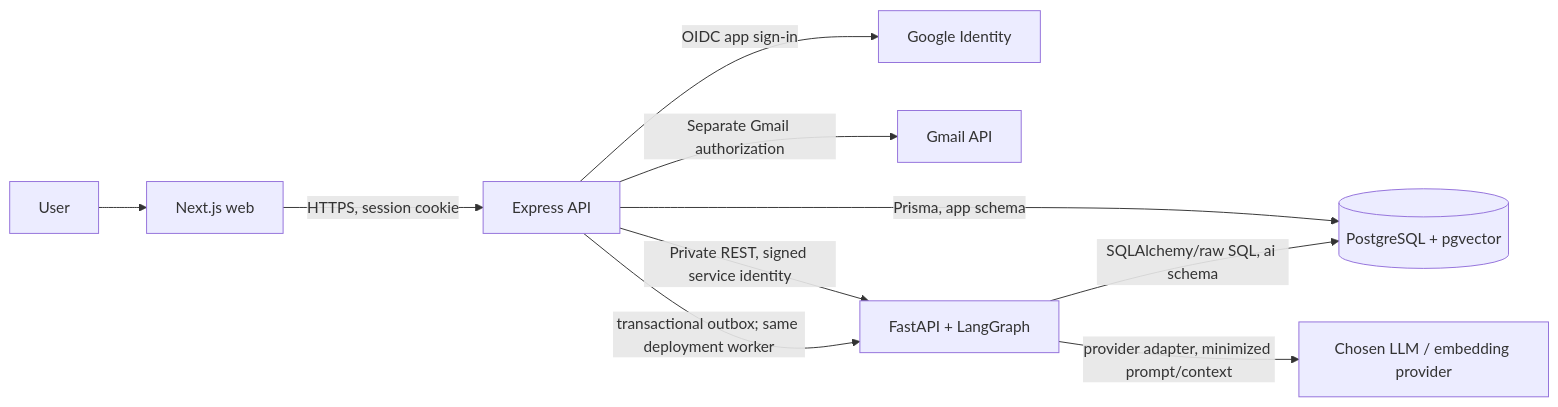
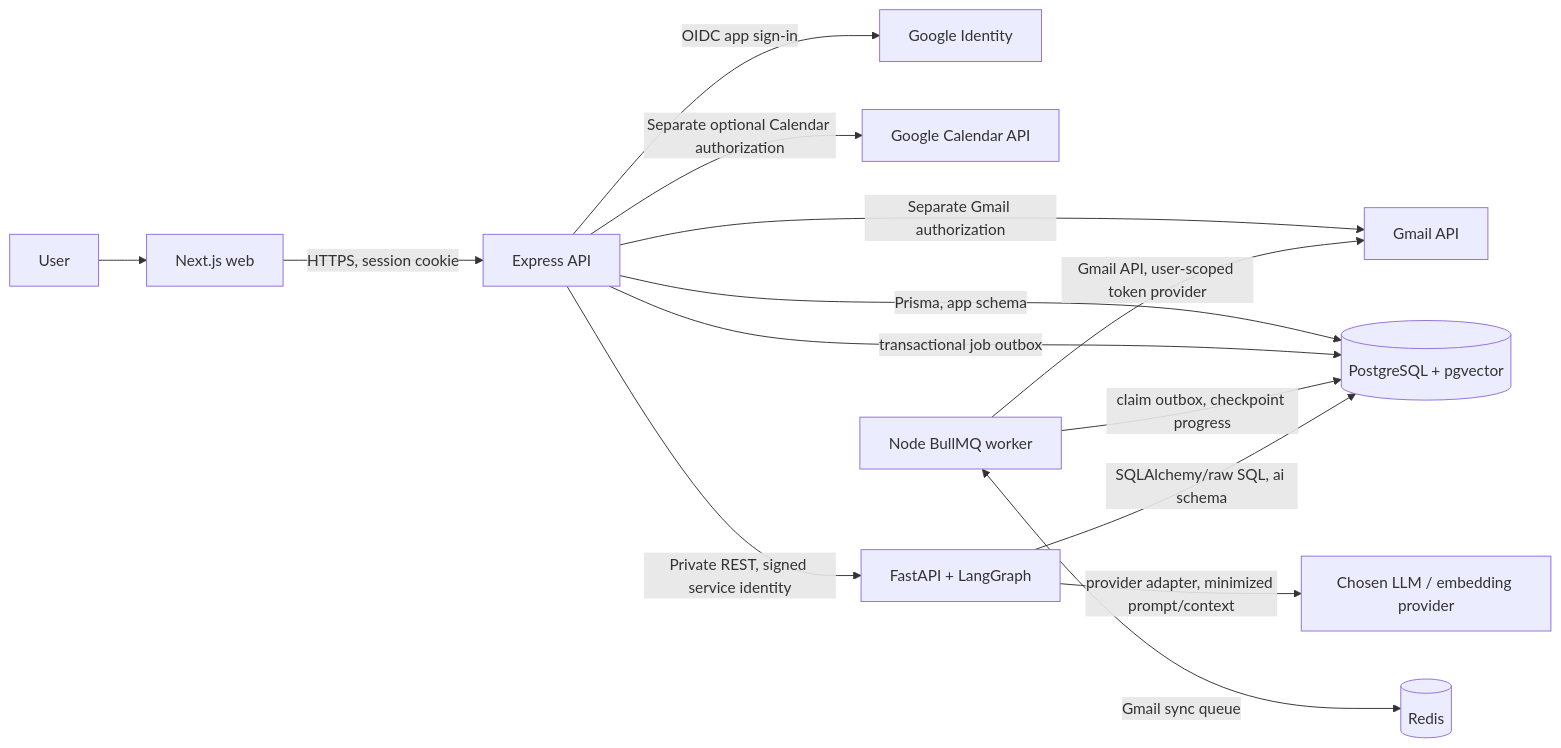
Before and after one commit to Abhishek9885/MailPilot: the first of 2 diagrams in docs/architecture.md, drawn with Mermaid. The commit also changed other lines of this file and 186 other files, not shown here.

Commit message:
feat: complete MailPilot core architecture, Gmail OAuth & sync, AI analysis, and task/action workflows

````diff
--- a/docs/architecture.md
+++ b/docs/architecture.md
@@ -37,12 +37,16 @@
 ```mermaid
 flowchart LR
   U[User] --> W[Next.js web]
   W -->|HTTPS, session cookie| A[Express API]
   A -->|OIDC app sign-in| I[Google Identity]
   A -->|Separate Gmail authorization| G[Gmail API]
+  A -->|Separate optional Calendar authorization| C[Google Calendar API]
   A -->|Private REST, signed service identity| F[FastAPI + LangGraph]
   A -->|Prisma, app schema| P[(PostgreSQL + pgvector)]
+  A -->|transactional job outbox| P
+  J[Node BullMQ worker] -->|claim outbox, checkpoint progress| P
+  J <-->|Gmail sync queue| R[(Redis)]
+  J -->|Gmail API, user-scoped token provider| G
   F -->|SQLAlchemy/raw SQL, ai schema| P
   F -->|provider adapter, minimized prompt/context| L[Chosen LLM / embedding provider]
-  A -->|transactional outbox; same deployment worker| F
 ```
````
